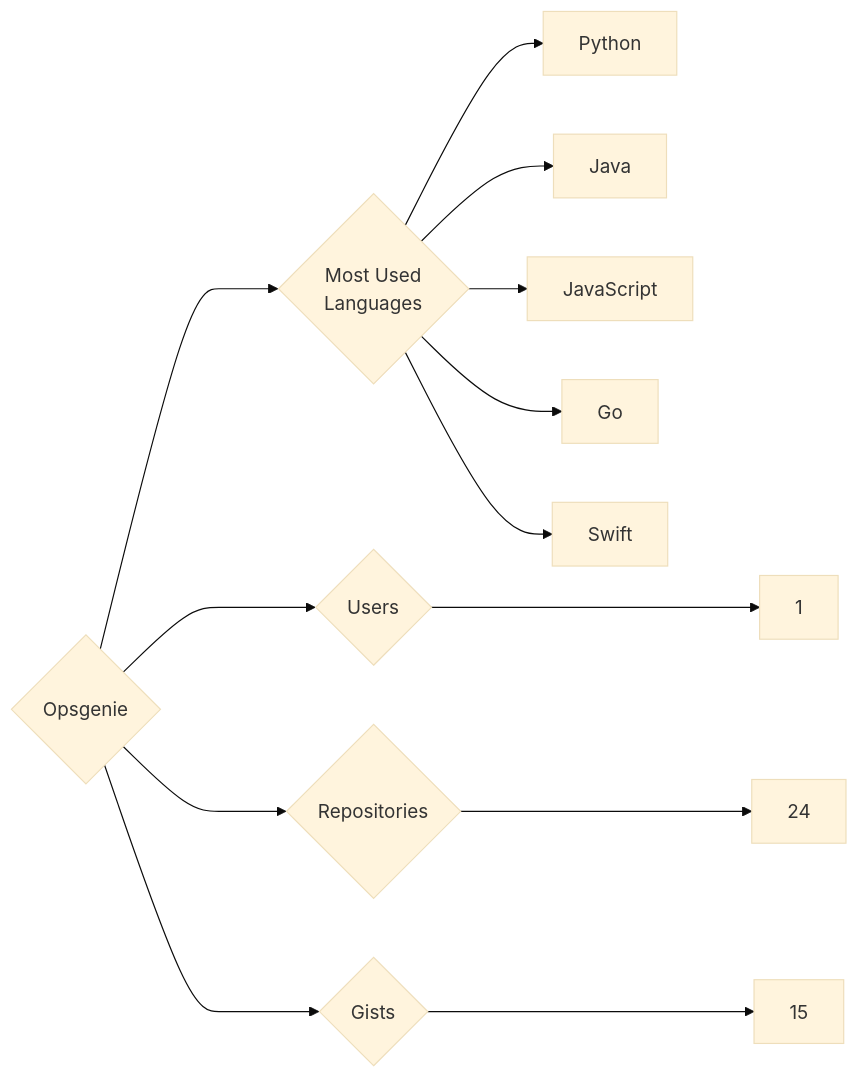
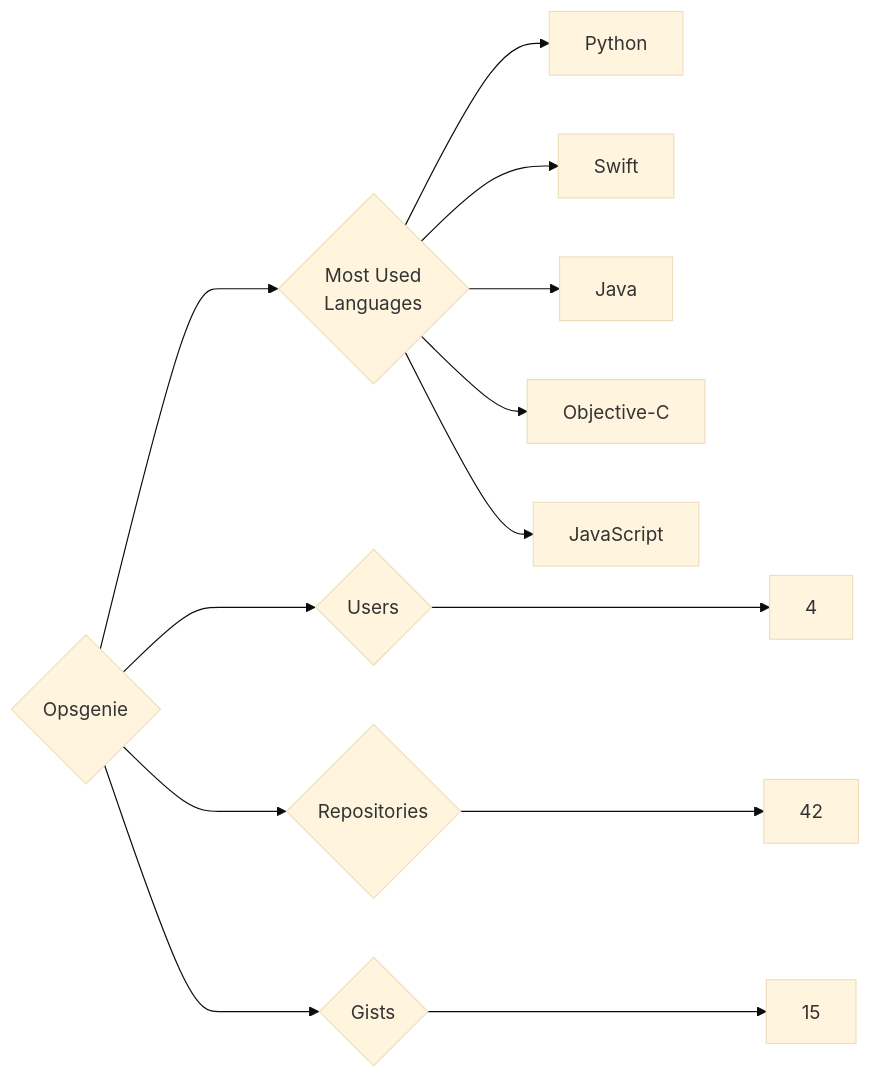
One commit to trickest/insiders changed the diagram in targets/Opsgenie/README.md. Above: the diagram before and after it, drawn with Mermaid (base theme). The commit also changed 972 other files, not shown here.

````diff
--- a/targets/Opsgenie/README.md
+++ b/targets/Opsgenie/README.md
@@ -3,13 +3,13 @@
 ```mermaid
 graph LR
 COMPANY_NAME{Opsgenie}
-COMPANY_NAME ---> U{Users} ---> UN[1]
-COMPANY_NAME ---> R{Repositories} ---> RN[24]
+COMPANY_NAME ---> U{Users} ---> UN[4]
+COMPANY_NAME ---> R{Repositories} ---> RN[42]
 COMPANY_NAME ---> G{Gists} ---> GN[15]
 COMPANY_NAME ---> ML{Most Used<br>Languages}
 ML --> Python[Python]
+ML --> Swift[Swift]
 ML --> Java[Java]
+ML --> Objective-C[Objective-C]
 ML --> JavaScript[JavaScript]
-ML --> Go[Go]
-ML --> Swift[Swift]
 ```
````
